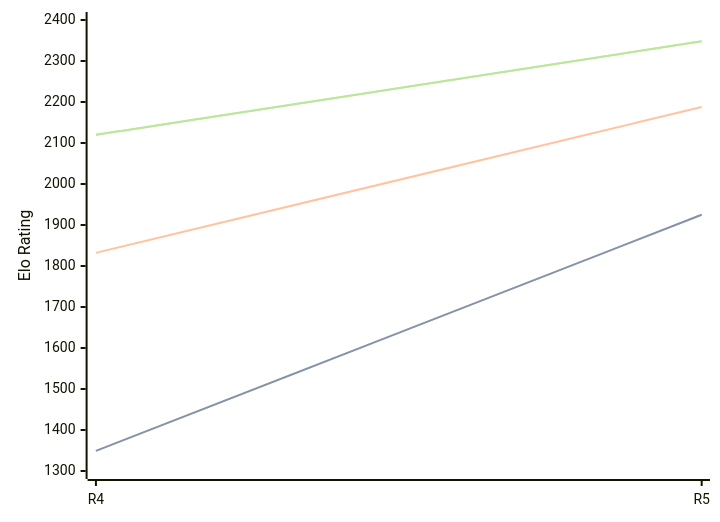
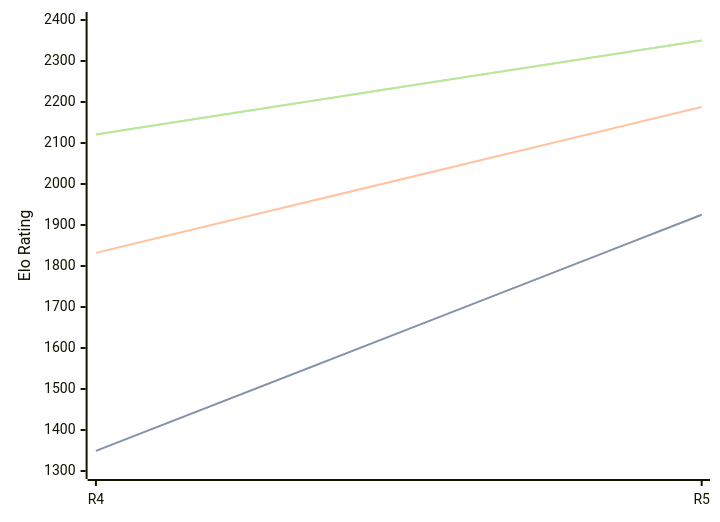
The diagram in engines/Viking.md (computer-chess-index/cci), drawn with Mermaid before and after one commit. The commit also changed other lines of this file, not shown here.

Commit message:
Update CCI Ratings (ELO VLTC) - 2026-09-18

````diff
--- a/engines/Viking.md
+++ b/engines/Viking.md
@@ -35,11 +35,11 @@
 ```mermaid
 %%{init: {"theme":"base","themeVariables":{"seriesColors:['#a3a3a3','#222221','#faa371']}}}%%
 xychart-beta
   x-axis ["R4", "R5"]
   y-axis "Elo Rating" 1300 --> 2400
   line "" [1349, 1925]
   line "STC (8.0+0.08s)" [1349, 1925]
   line "LTC (60.0+0.60s)" [1832, 2188]
-  line "" [2120, 2348]
-  line "VLTC (2m24s+1.12s)" [2120, 2348]
+  line "" [2121, 2350]
+  line "VLTC (2m24s+1.12s)" [2121, 2350]
 ```
````
